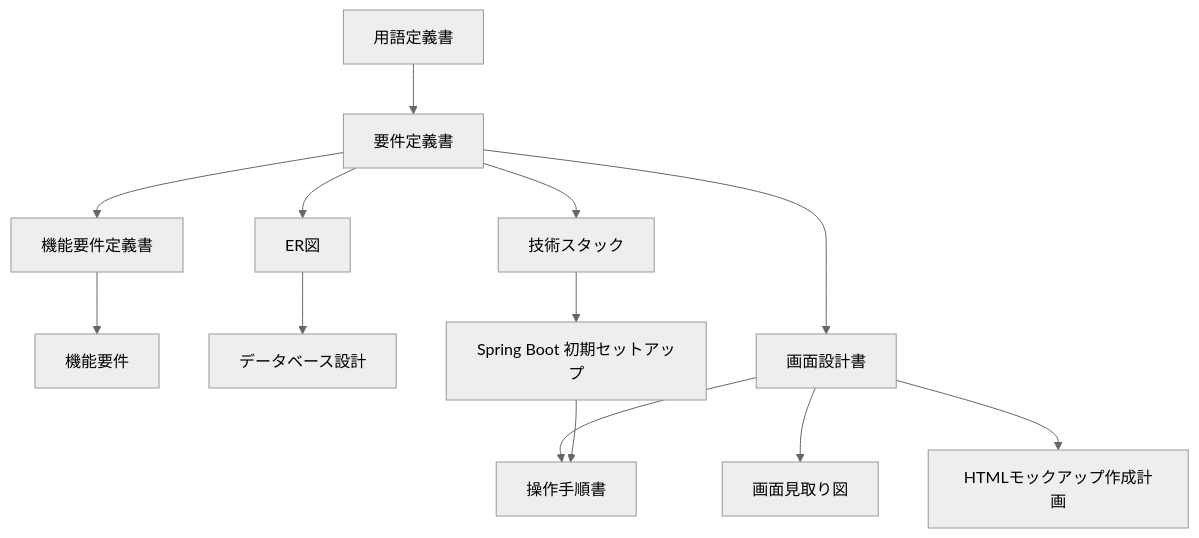
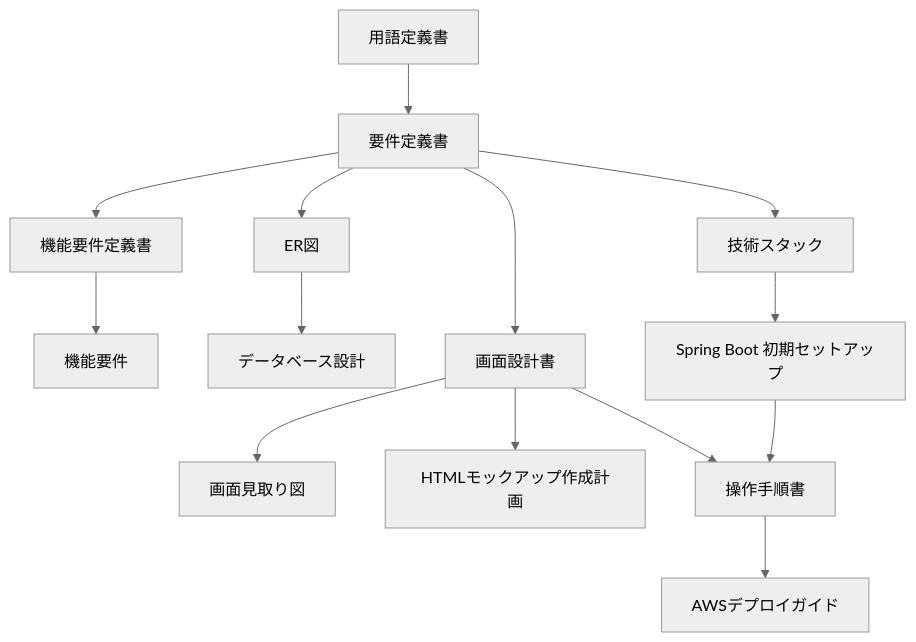
One commit to pfgnsb/kadai-kanri-board changed the diagram in ドキュメント/README.md. Above: the diagram before and after it, drawn with Mermaid (neutral theme). The commit also changed other lines of this file and 1 other file, not shown here.

````diff
--- a/ドキュメント/README.md
+++ b/ドキュメント/README.md
@@ -63,15 +64,16 @@
 ```mermaid
 flowchart TD
   terms[用語定義書] --> req[要件定義書]
   req --> funcDef[機能要件定義書]
   funcDef --> func[機能要件]
   req --> er[ER図]
   er --> db[データベース設計]
   req --> stack[技術スタック]
   stack --> boot[Spring Boot 初期セットアップ]
   req --> screen[画面設計書]
   screen --> sketch[画面見取り図]
   screen --> mock[HTMLモックアップ作成計画]
   screen --> howto[操作手順書]
   boot --> howto
+  howto --> aws[AWSデプロイガイド]
 ```
````
